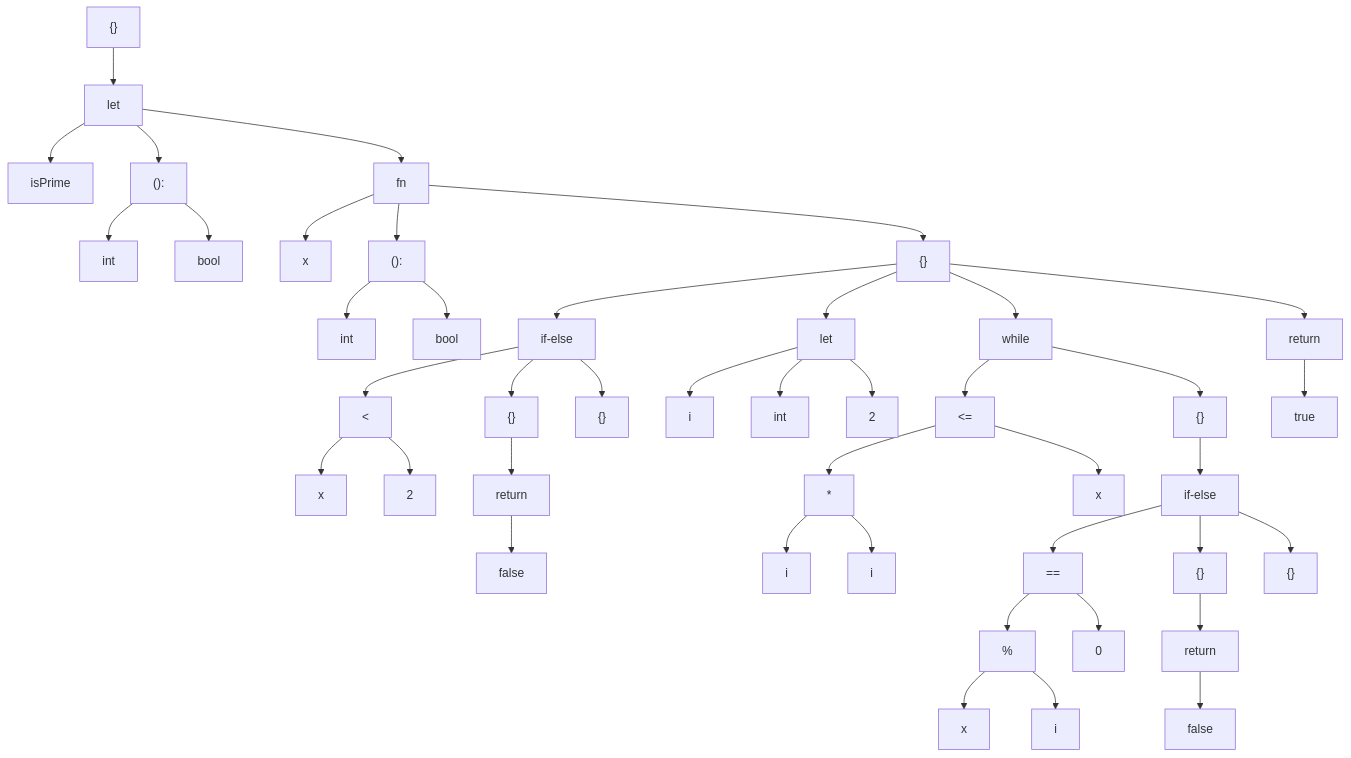
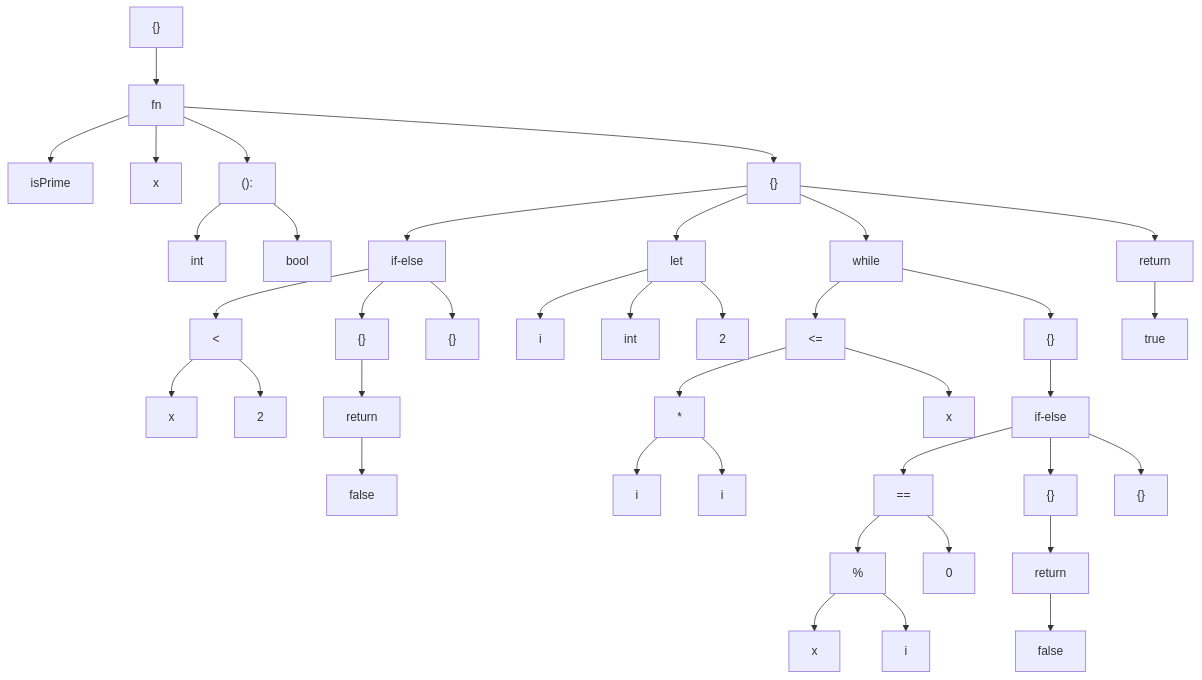
Before and after one commit to Yaossg/Porkchop: the diagram in README.md, drawn with Mermaid. The commit also changed other lines of this file and 8 other files, not shown here.

````diff
--- a/README.md
+++ b/README.md
@@ -77,87 +77,79 @@
 graph
 0["{}"]
 0-->1
-1["let"]
+1["fn"]
 1-->2
 2["isPrime"]
 1-->3
-3["():"]
-3-->4
-4["int"]
-3-->5
-5["bool"]
-1-->6
-6["fn"]
-6-->7
-7["x"]
-6-->8
-8["():"]
+3["x"]
+1-->4
+4["():"]
+4-->5
+5["int"]
+4-->6
+6["bool"]
+1-->7
+7["{}"]
+7-->8
+8["if-else"]
 8-->9
-9["int"]
-8-->10
-10["bool"]
-6-->11
-11["{}"]
-11-->12
-12["if-else"]
+9["<"]
+9-->10
+10["x"]
+9-->11
+11["2"]
+8-->12
+12["{}"]
 12-->13
-13["<"]
+13["return"]
 13-->14
-14["x"]
-13-->15
-15["2"]
-12-->16
-16["{}"]
+14["false"]
+8-->15
+15["{}"]
+7-->16
+16["let"]
 16-->17
-17["return"]
-17-->18
-18["false"]
-12-->19
-19["{}"]
-11-->20
-20["let"]
+17["i"]
+16-->18
+18["int"]
+16-->19
+19["2"]
+7-->20
+20["while"]
 20-->21
-21["i"]
-20-->22
-22["int"]
-20-->23
-23["2"]
-11-->24
-24["while"]
-24-->25
-25["<="]
-25-->26
-26["*"]
+21["<="]
+21-->22
+22["*"]
+22-->23
+23["i"]
+22-->24
+24["i"]
+21-->25
+25["x"]
+20-->26
+26["{}"]
 26-->27
-27["i"]
-26-->28
-28["i"]
-25-->29
-29["x"]
-24-->30
-30["{}"]
-30-->31
-31["if-else"]
-31-->32
-32["=="]
-32-->33
-33["%"]
+27["if-else"]
+27-->28
+28["=="]
+28-->29
+29["%"]
+29-->30
+30["x"]
+29-->31
+31["i"]
+28-->32
+32["0"]
+27-->33
+33["{}"]
 33-->34
-34["x"]
-33-->35
-35["i"]
-32-->36
-36["0"]
-31-->37
-37["{}"]
+34["return"]
+34-->35
+35["false"]
+27-->36
+36["{}"]
+7-->37
+37["return"]
 37-->38
-38["return"]
-38-->39
-39["false"]
-31-->40
-40["{}"]
-11-->41
-41["return"]
-41-->42
-42["true"]
+38["true"]
 ```
````
